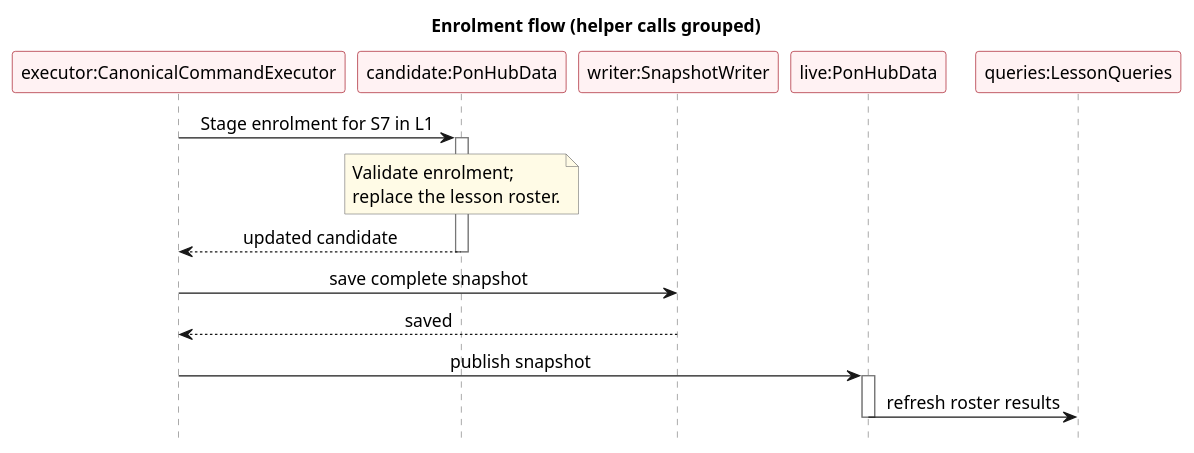
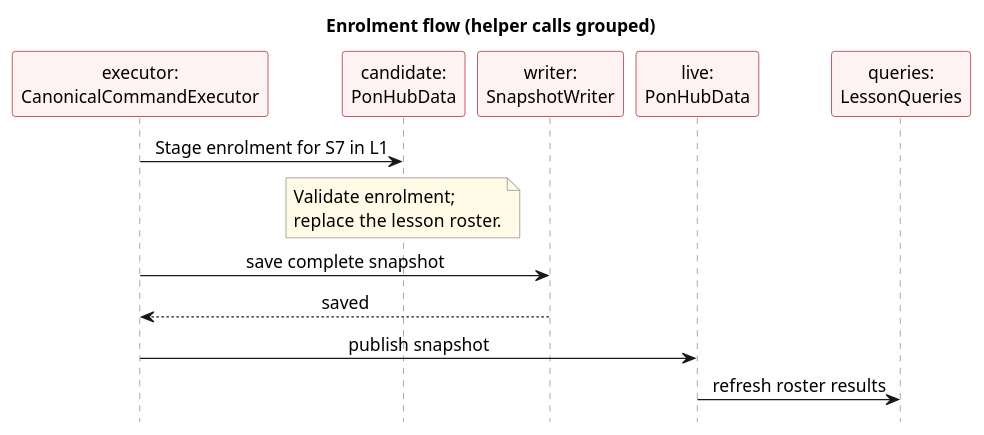
One commit to AY2627S1-CS2103T-F13-3/tp changed the diagram in docs/diagrams/StudentEnrolmentSequenceDiagram.puml. Above: the diagram before and after it, drawn with PlantUML. The commit also changed 3 other files, not shown here.

Commit message:
Keep typed sequence headers readable

```diff
--- a/docs/diagrams/StudentEnrolmentSequenceDiagram.puml
+++ b/docs/diagrams/StudentEnrolmentSequenceDiagram.puml
@@ -1,36 +1,32 @@
 @startuml
 ' Draft by Vincent Lin with OpenAI Codex assistance.
 ' Self-contained source; render with PlantUML 1.2025.3.
+' Command and transaction helper calls are grouped as operation descriptions.
 skinparam defaultFontName Arial
 skinparam defaultFontSize 14
 skinparam shadowing false
 skinparam sequenceMessageAlign center
 skinparam sequenceParticipantBackgroundColor #FFF2F3
 skinparam sequenceParticipantBorderColor #9D0012
 skinparam sequenceLifeLineBorderColor #777777
 skinparam noteBackgroundColor #FFFBE6
 skinparam noteBorderColor #777777
 hide footbox
 
 title Enrolment flow (helper calls grouped)
-participant "executor:CanonicalCommandExecutor" as Logic
-participant "candidate:PonHubData" as Candidate
-participant "writer:SnapshotWriter" as Storage
-participant "live:PonHubData" as Live
-participant "queries:LessonQueries" as Queries
+participant "executor:\nCanonicalCommandExecutor" as Logic
+participant "candidate:\nPonHubData" as Candidate
+participant "writer:\nSnapshotWriter" as Storage
+participant "live:\nPonHubData" as Live
+participant "queries:\nLessonQueries" as Queries
 
 Logic -> Candidate : Stage enrolment for S7 in L1
-activate Candidate
 note over Candidate
   Validate enrolment;
   replace the lesson roster.
 end note
-Candidate --> Logic : updated candidate
- deactivate Candidate
 Logic -> Storage : save complete snapshot
 Storage --> Logic : saved
 Logic -> Live : publish snapshot
-activate Live
 Live -> Queries : refresh roster results
- deactivate Live
 @enduml
```
